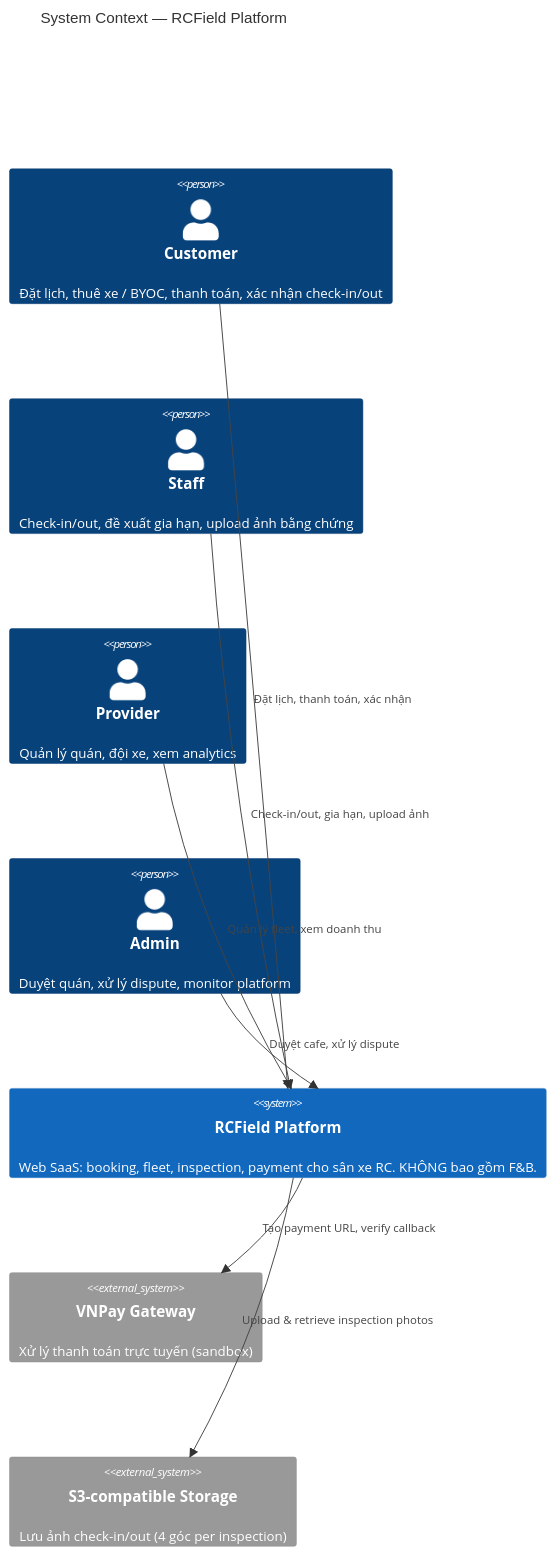
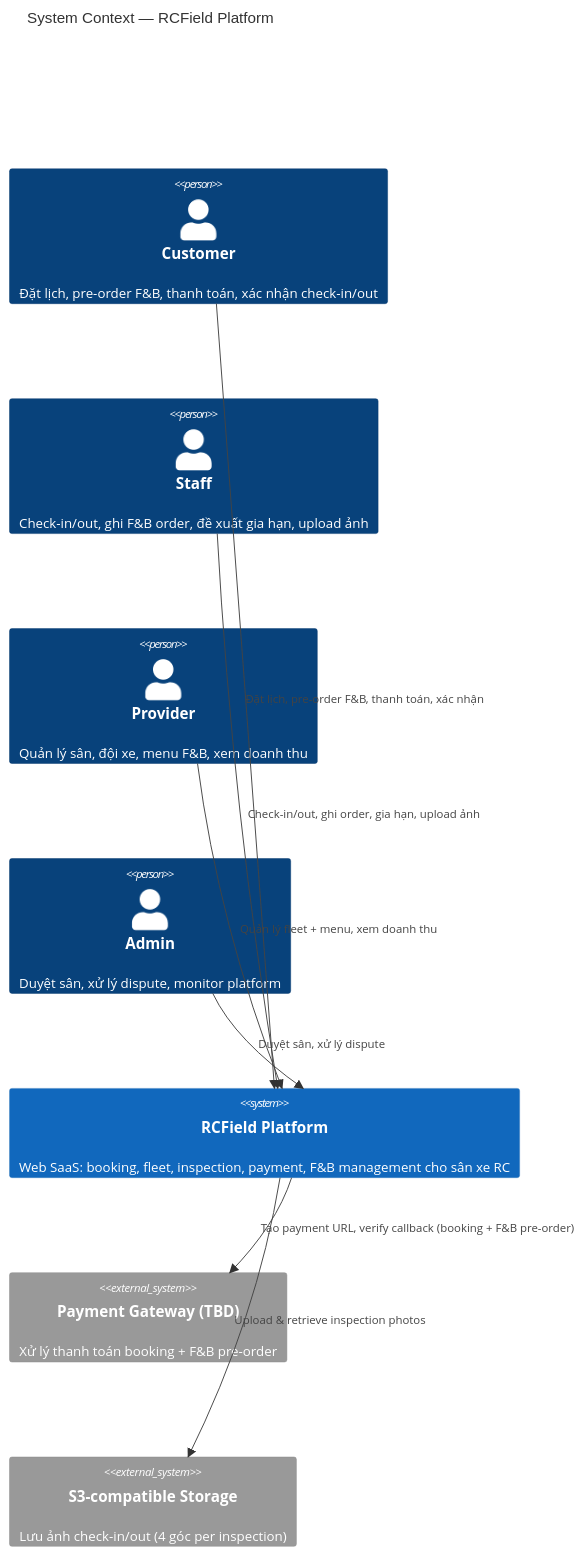
One commit to RCField-SEP490/rcfield-spec changed the first of 4 diagrams in docs/architecture/00-system-overview.md. Above: the diagram before and after it, drawn with Mermaid. The commit also changed other lines of this file and 3 other files, not shown here.

````diff
--- a/docs/architecture/00-system-overview.md
+++ b/docs/architecture/00-system-overview.md
@@ -19,21 +16,21 @@
 ```mermaid
 C4Context
     title System Context — RCField Platform
 
-    Person(customer, "Customer", "Đặt lịch, thuê xe / BYOC, thanh toán, xác nhận check-in/out")
-    Person(staff, "Staff", "Check-in/out, đề xuất gia hạn, upload ảnh bằng chứng")
-    Person(provider, "Provider", "Quản lý quán, đội xe, xem analytics")
-    Person(admin, "Admin", "Duyệt quán, xử lý dispute, monitor platform")
+    Person(customer, "Customer", "Đặt lịch, pre-order F&B, thanh toán, xác nhận check-in/out")
+    Person(staff, "Staff", "Check-in/out, ghi F&B order, đề xuất gia hạn, upload ảnh")
+    Person(provider, "Provider", "Quản lý sân, đội xe, menu F&B, xem doanh thu")
+    Person(admin, "Admin", "Duyệt sân, xử lý dispute, monitor platform")
 
-    System(rcfield, "RCField Platform", "Web SaaS: booking, fleet, inspection, payment cho sân xe RC. KHÔNG bao gồm F&B.")
+    System(rcfield, "RCField Platform", "Web SaaS: booking, fleet, inspection, payment, F&B management cho sân xe RC")
 
-    System_Ext(vnpay, "VNPay Gateway", "Xử lý thanh toán trực tuyến (sandbox)")
+    System_Ext(payment, "Payment Gateway (TBD)", "Xử lý thanh toán booking + F&B pre-order")
     System_Ext(s3, "S3-compatible Storage", "Lưu ảnh check-in/out (4 góc per inspection)")
 
-    Rel(customer, rcfield, "Đặt lịch, thanh toán, xác nhận")
-    Rel(staff, rcfield, "Check-in/out, gia hạn, upload ảnh")
-    Rel(provider, rcfield, "Quản lý fleet, xem doanh thu")
-    Rel(admin, rcfield, "Duyệt cafe, xử lý dispute")
-    Rel(rcfield, vnpay, "Tạo payment URL, verify callback")
+    Rel(customer, rcfield, "Đặt lịch, pre-order F&B, thanh toán, xác nhận")
+    Rel(staff, rcfield, "Check-in/out, ghi order, gia hạn, upload ảnh")
+    Rel(provider, rcfield, "Quản lý fleet + menu, xem doanh thu")
+    Rel(admin, rcfield, "Duyệt sân, xử lý dispute")
+    Rel(rcfield, payment, "Tạo payment URL, verify callback (booking + F&B pre-order)")
     Rel(rcfield, s3, "Upload & retrieve inspection photos")
 ```
````
